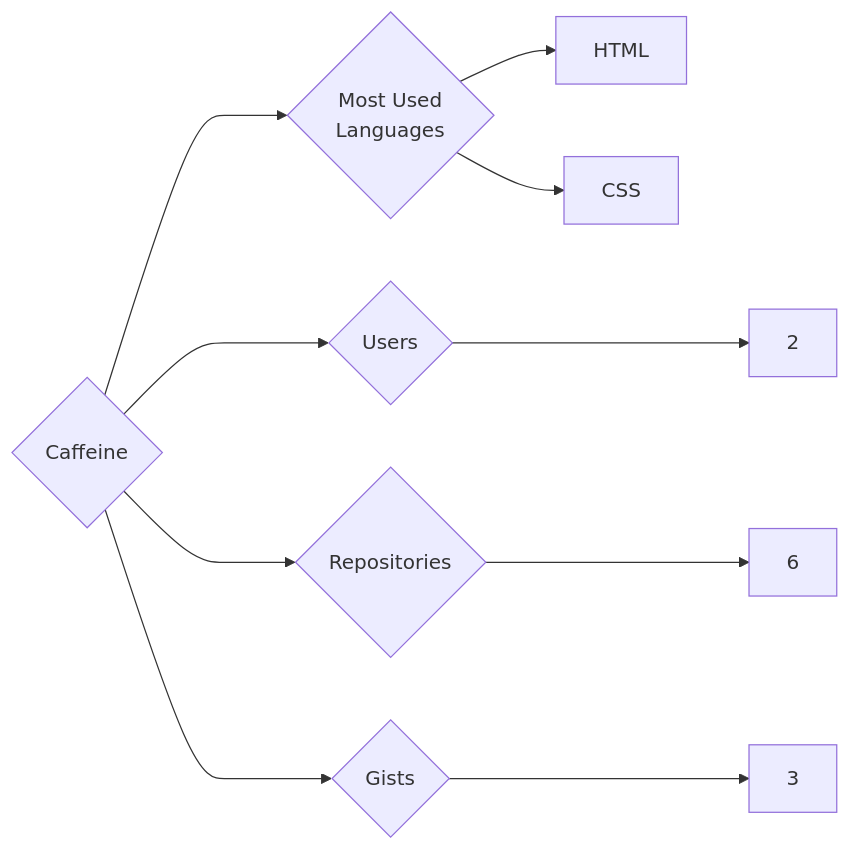
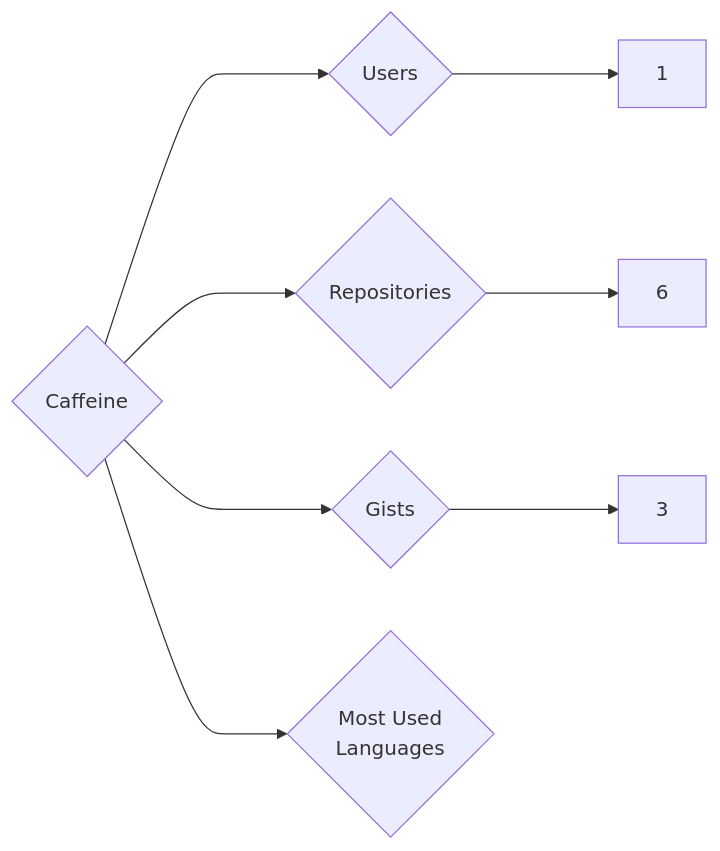
The diagram in targets/Caffeine/README.md (trickest/insiders), drawn with Mermaid before and after one commit. The commit also changed 815 other files, not shown here.

````diff
--- a/targets/Caffeine/README.md
+++ b/targets/Caffeine/README.md
@@ -3,10 +3,8 @@
 ```mermaid
 graph LR
 COMPANY_NAME{Caffeine}
-COMPANY_NAME ---> U{Users} ---> UN[2]
+COMPANY_NAME ---> U{Users} ---> UN[1]
 COMPANY_NAME ---> R{Repositories} ---> RN[6]
 COMPANY_NAME ---> G{Gists} ---> GN[3]
 COMPANY_NAME ---> ML{Most Used<br>Languages}
-ML --> HTML[HTML]
-ML --> CSS[CSS]
 ```
````
